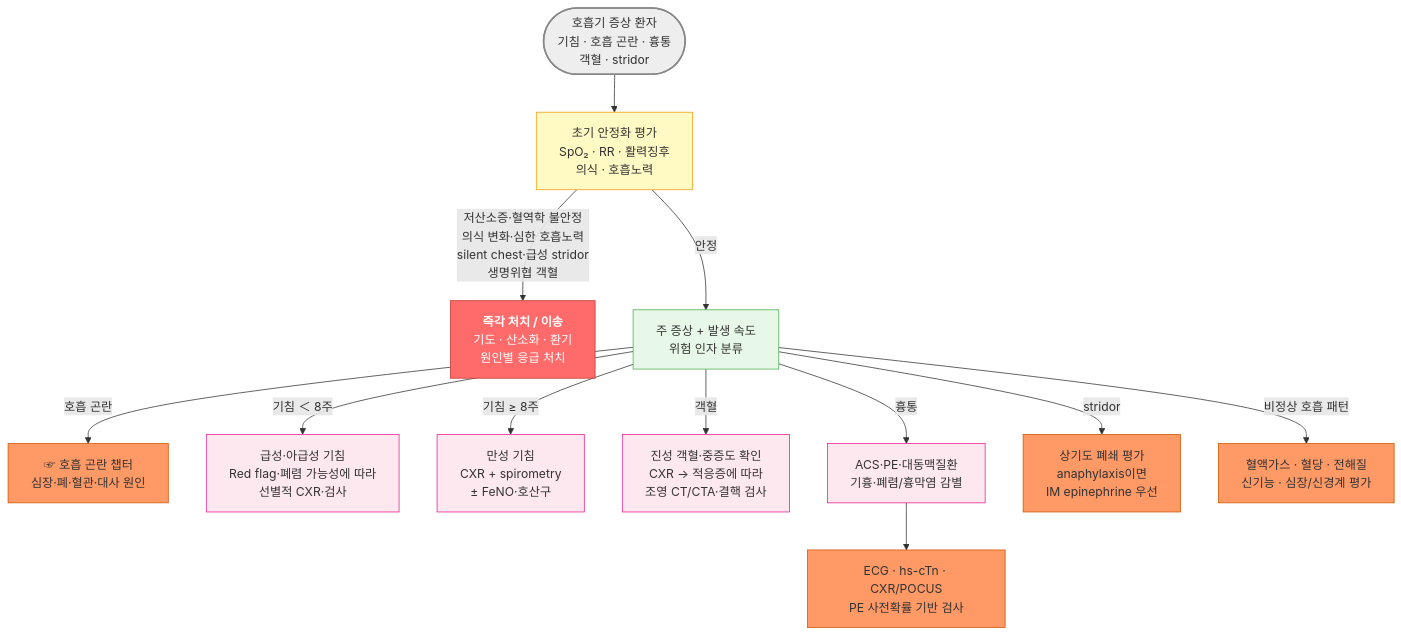
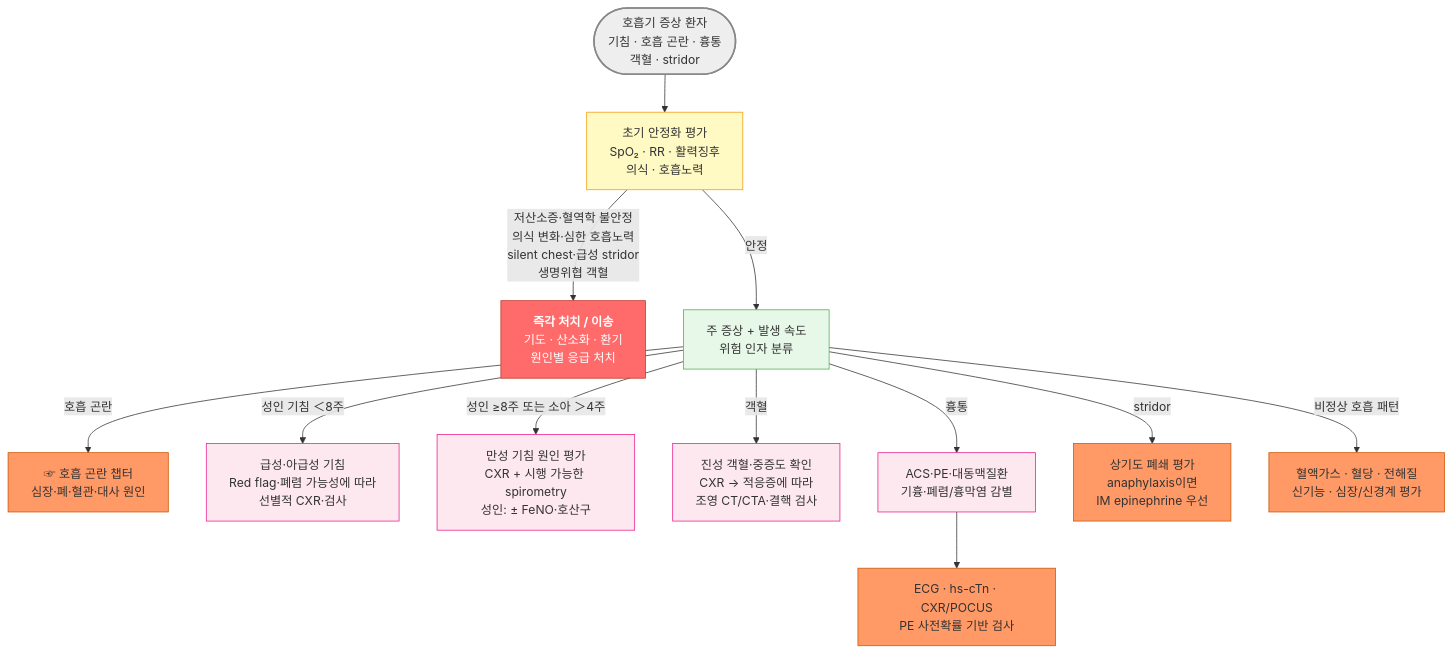
One commit to familyoh77/familyoh77 changed the diagram in 223_/059_-respdz.md. Above: the diagram before and after it, drawn with Mermaid. The commit also changed other lines of this file and 2 other files, not shown here.

````diff
--- a/223_/059_-respdz.md
+++ b/223_/059_-respdz.md
@@ -132,27 +135,27 @@
 ```mermaid
 graph TD
     A(["호흡기 증상 환자<br/>기침 · 호흡 곤란 · 흉통<br/>객혈 · stridor"])
     --> B["초기 안정화 평가<br/>SpO₂ · RR · 활력징후<br/>의식 · 호흡노력"]
 
     B -->|"저산소증·혈역학 불안정<br/>의식 변화·심한 호흡노력<br/>silent chest·급성 stridor<br/>생명위협 객혈"| C["<b>즉각 처치 / 이송</b><br/>기도 · 산소화 · 환기<br/>원인별 응급 처치"]
     B -->|안정| D["주 증상 + 발생 속도<br/>위험 인자 분류"]
 
     D -->|호흡 곤란| E["☞ 호흡 곤란 챕터<br/>심장·폐·혈관·대사 원인"]
-    D -->|"기침 ＜ 8주"| F["급성·아급성 기침<br/>Red flag·폐렴 가능성에 따라<br/>선별적 CXR·검사"]
-    D -->|"기침 ≥ 8주"| G["만성 기침<br/>CXR + spirometry<br/>± FeNO·호산구"]
+    D -->|"성인 기침 ＜8주"| F["급성·아급성 기침<br/>Red flag·폐렴 가능성에 따라<br/>선별적 CXR·검사"]
+    D -->|"성인 ≥8주 또는 소아 ＞4주"| G["만성 기침 원인 평가<br/>CXR + 시행 가능한 spirometry<br/>성인: ± FeNO·호산구"]
     D -->|객혈| H["진성 객혈·중증도 확인<br/>CXR → 적응증에 따라<br/>조영 CT/CTA·결핵 검사"]
     D -->|흉통| I["ACS·PE·대동맥질환<br/>기흉·폐렴/흉막염 감별"]
     D -->|stridor| J["상기도 폐쇄 평가<br/>anaphylaxis이면<br/>IM epinephrine 우선"]
     D -->|비정상 호흡 패턴| K["혈액가스 · 혈당 · 전해질<br/>신기능 · 심장/신경계 평가"]
 
     I --> L["ECG · hs-cTn · CXR/POCUS<br/>PE 사전확률 기반 검사"]
 
 style A fill:#eeeeee,stroke:#888888,stroke-width:2px
 style B fill:#fff9c4,stroke:#f39c12
 style D fill:#e8f8e8,stroke:#4caf50
 style C fill:#ff6b6b,stroke:#c0392b,color:#fff
 classDef pink fill:#fde8f0,stroke:#e91e8c
 class F,G,H,I pink
 classDef peach fill:#ff9966,stroke:#cc5500
 class E,J,K,L peach
 ```
````
